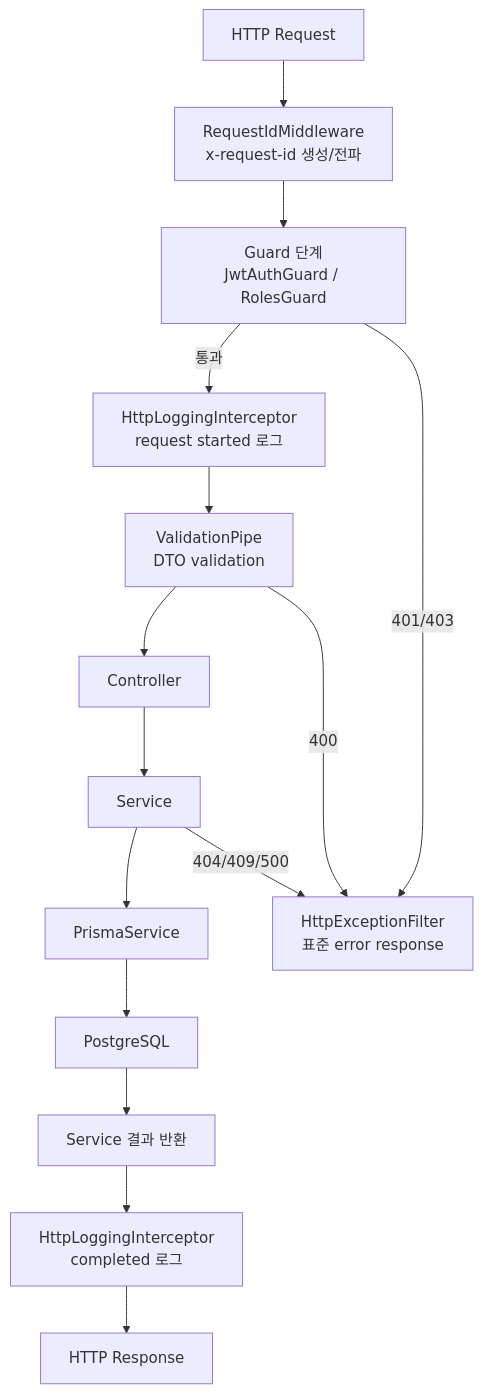
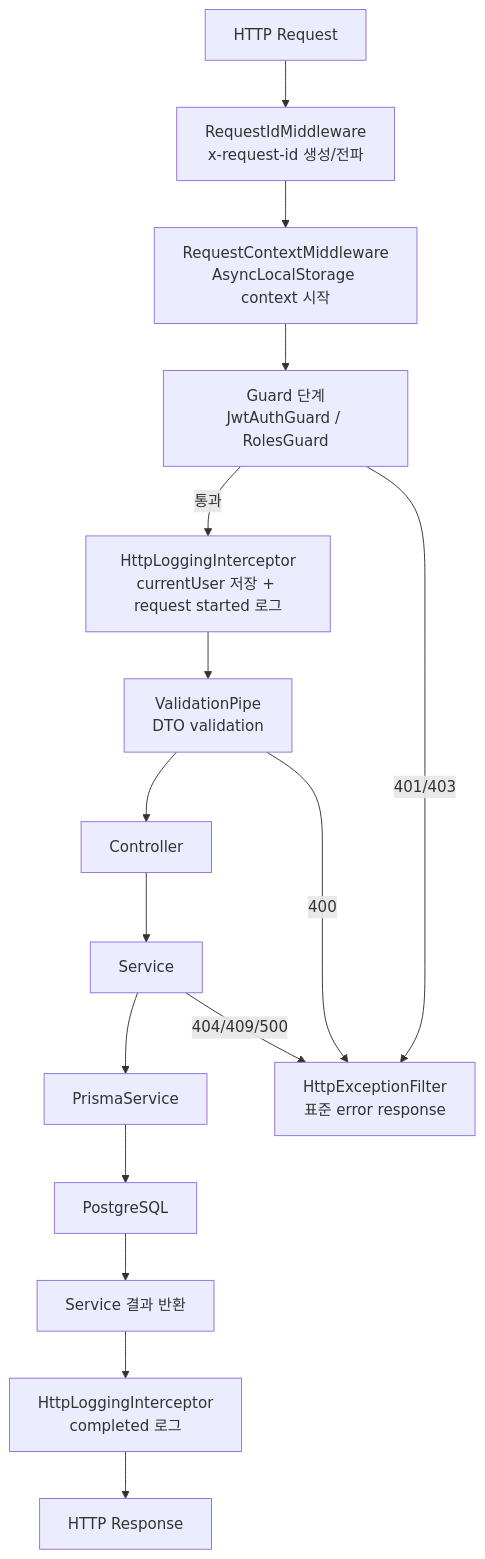
Before and after one commit to dev-minsoo/nestjs-modular-prisma-starter: the first of 4 diagrams in docs/nestjs-request-lifecycle.md, drawn with Mermaid. The commit also changed other lines of this file and 5 other files, not shown here.

Commit message:
docs: document request context and vscode debugging

````diff
--- a/docs/nestjs-request-lifecycle.md
+++ b/docs/nestjs-request-lifecycle.md
@@ -9,18 +9,19 @@
 ```mermaid
 flowchart TD
   A["HTTP Request"] --> B["RequestIdMiddleware<br/>x-request-id 생성/전파"]
-  B --> C["Guard 단계<br/>JwtAuthGuard / RolesGuard"]
-  C -->|통과| D["HttpLoggingInterceptor<br/>request started 로그"]
-  D --> E["ValidationPipe<br/>DTO validation"]
-  E --> F["Controller"]
-  F --> G["Service"]
-  G --> H["PrismaService"]
-  H --> I["PostgreSQL"]
-  I --> J["Service 결과 반환"]
-  J --> K["HttpLoggingInterceptor<br/>completed 로그"]
-  K --> L["HTTP Response"]
+  B --> C["RequestContextMiddleware<br/>AsyncLocalStorage context 시작"]
+  C --> D["Guard 단계<br/>JwtAuthGuard / RolesGuard"]
+  D -->|통과| E["HttpLoggingInterceptor<br/>currentUser 저장 + request started 로그"]
+  E --> F["ValidationPipe<br/>DTO validation"]
+  F --> G["Controller"]
+  G --> H["Service"]
+  H --> I["PrismaService"]
+  I --> J["PostgreSQL"]
+  J --> K["Service 결과 반환"]
+  K --> L["HttpLoggingInterceptor<br/>completed 로그"]
+  L --> M["HTTP Response"]
 
-  C -->|401/403| M["HttpExceptionFilter<br/>표준 error response"]
-  E -->|400| M
-  G -->|404/409/500| M
+  D -->|401/403| N["HttpExceptionFilter<br/>표준 error response"]
+  F -->|400| N
+  H -->|404/409/500| N
 ```
````
